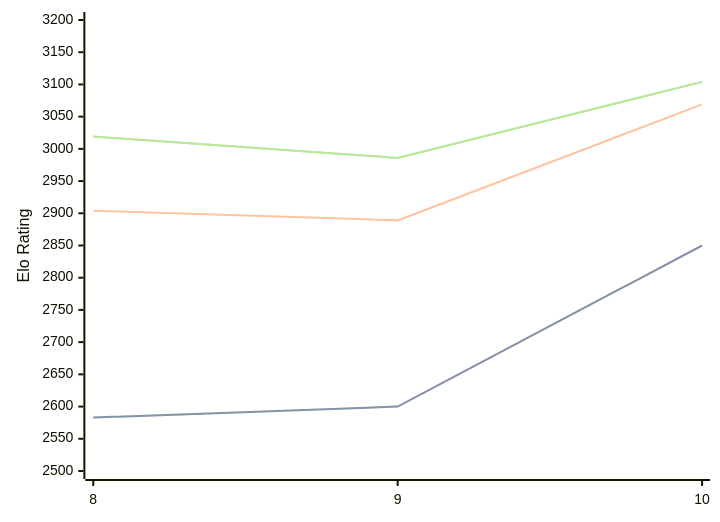
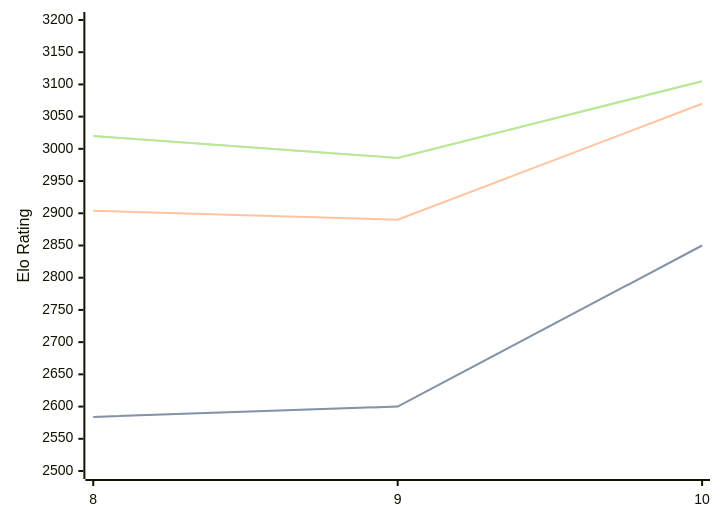
Before and after one commit to computer-chess-index/cci: the third of 3 diagrams in engines/Lozza.md, drawn with Mermaid. The commit also changed other lines of this file, not shown here.

Commit message:
Update CCI Ratings (ELO VLTC) - 2026-06-23

````diff
--- a/engines/Lozza.md
+++ b/engines/Lozza.md
@@ -74,11 +74,11 @@
 ```mermaid
 %%{init: {"theme":"base","themeVariables":{"seriesColors:['#a3a3a3','#222221','#faa371']}}}%%
 xychart-beta
   x-axis ["8", "9", "10"]
   y-axis "Elo Rating" 2500 --> 3200
-  line "STC (8.0+0.08s)" [2583, 2600, 2850]
-  line "STC (8.0+0.08s)" [2583, 2600, 2850]
-  line "LTC (60.0+0.60s)" [2904, 2889, 3069]
-  line "VLTC (2m24s+1.12s)" [3019, 2986, 3104]
-  line "VLTC (2m24s+1.12s)" [3019, 2986, 3104]
+  line "STC (8.0+0.08s)" [2584, 2600, 2850]
+  line "STC (8.0+0.08s)" [2584, 2600, 2850]
+  line "LTC (60.0+0.60s)" [2904, 2890, 3070]
+  line "VLTC (2m24s+1.12s)" [3020, 2986, 3105]
+  line "VLTC (2m24s+1.12s)" [3020, 2986, 3105]
 ```
````
